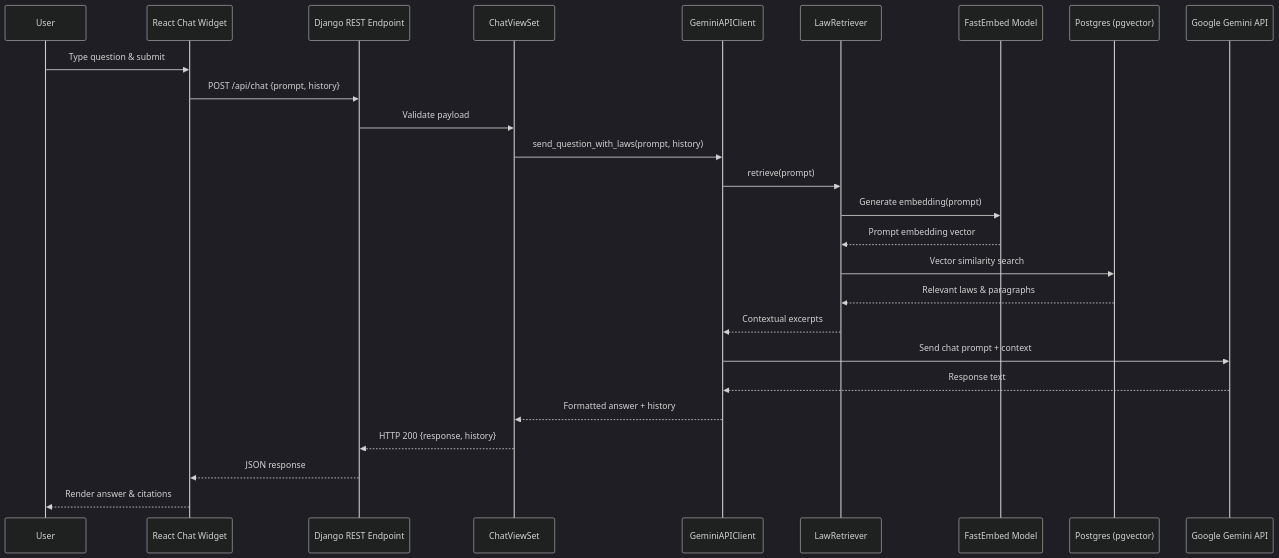
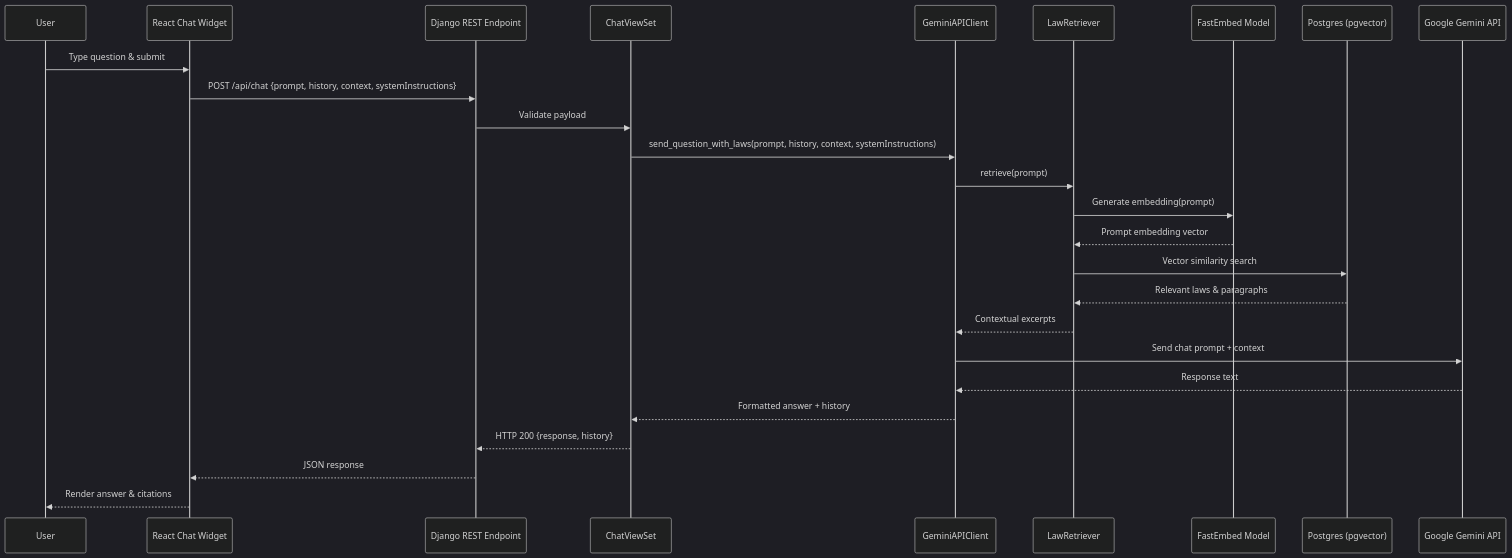
One commit to CDP-group-9/CDP_Trondheim_Kommune changed the third of 7 diagrams in docs/diagrams.md. Above: the diagram before and after it, drawn with Mermaid (dark theme). The commit also changed other lines of this file, not shown here.

Commit message:
feat(#135): add diagram of checklist flow and added user type to state diagram

````diff
--- a/docs/diagrams.md
+++ b/docs/diagrams.md
@@ -210,29 +212,29 @@
 ```mermaid
 sequenceDiagram
     participant U as User
     participant UI as React Chat Widget
     participant API as Django REST Endpoint
     participant Chat as ChatViewSet
     participant GeminiSvc as GeminiAPIClient
     participant Retriever as LawRetriever
     participant Embed as FastEmbed Model
     participant DB as Postgres (pgvector)
     participant Gemini as Google Gemini API
 
     U->>UI: Type question & submit
-    UI->>API: POST /api/chat {prompt, history}
+    UI->>API: POST /api/chat {prompt, history, context, systemInstructions}
     API->>Chat: Validate payload
-    Chat->>GeminiSvc: send_question_with_laws(prompt, history)
+    Chat->>GeminiSvc: send_question_with_laws(prompt, history, context, systemInstructions)
     GeminiSvc->>Retriever: retrieve(prompt)
     Retriever->>Embed: Generate embedding(prompt)
     Embed-->>Retriever: Prompt embedding vector
     Retriever->>DB: Vector similarity search
     DB-->>Retriever: Relevant laws & paragraphs
     Retriever-->>GeminiSvc: Contextual excerpts
     GeminiSvc->>Gemini: Send chat prompt + context
     Gemini-->>GeminiSvc: Response text
     GeminiSvc-->>Chat: Formatted answer + history
     Chat-->>API: HTTP 200 {response, history}
     API-->>UI: JSON response
     UI-->>U: Render answer & citations
 ```
````
